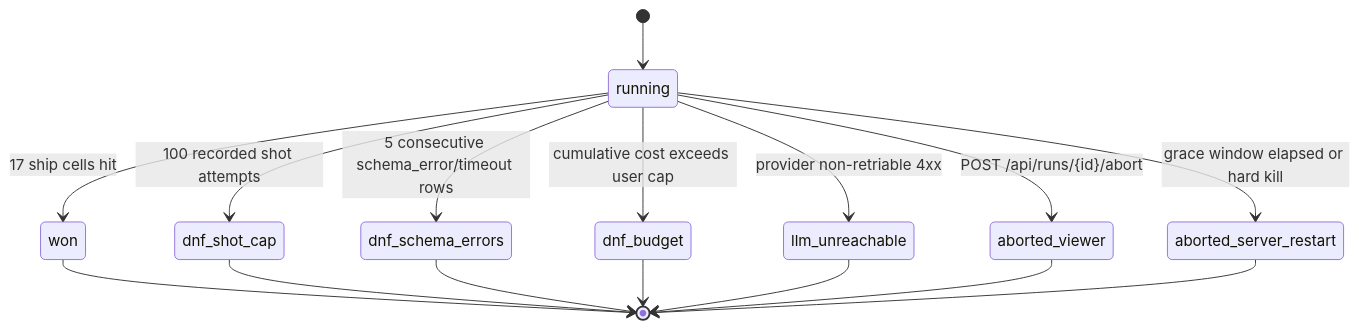
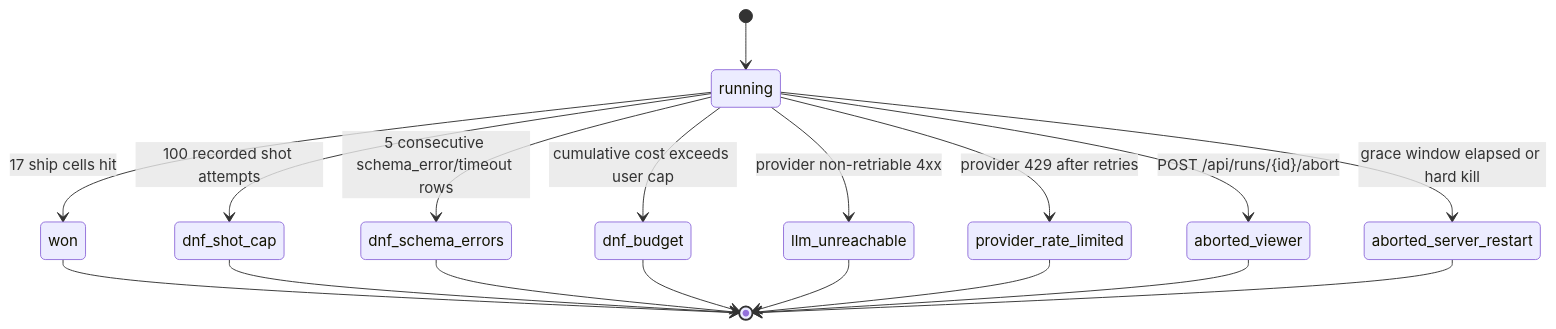
The seventh of 10 diagrams in docs/architecture.md (itechmeat/battleship-arena), drawn with Mermaid before and after one commit. The commit also changed other lines of this file and 117 other files, not shown here.

First line of the commit message:
feat: modularize full-stack architecture and provider failure handling

````diff
--- a/docs/architecture.md
+++ b/docs/architecture.md
@@ -236,18 +236,20 @@
 ```mermaid
 stateDiagram-v2
   [*] --> running
   running --> won: 17 ship cells hit
   running --> dnf_shot_cap: 100 recorded shot attempts
   running --> dnf_schema_errors: 5 consecutive schema_error/timeout rows
   running --> dnf_budget: cumulative cost exceeds user cap
   running --> llm_unreachable: provider non-retriable 4xx
+  running --> provider_rate_limited: provider 429 after retries
   running --> aborted_viewer: POST /api/runs/{id}/abort
   running --> aborted_server_restart: grace window elapsed or hard kill
   won --> [*]
   dnf_shot_cap --> [*]
   dnf_schema_errors --> [*]
   dnf_budget --> [*]
   llm_unreachable --> [*]
+  provider_rate_limited --> [*]
   aborted_viewer --> [*]
   aborted_server_restart --> [*]
 ```
````
